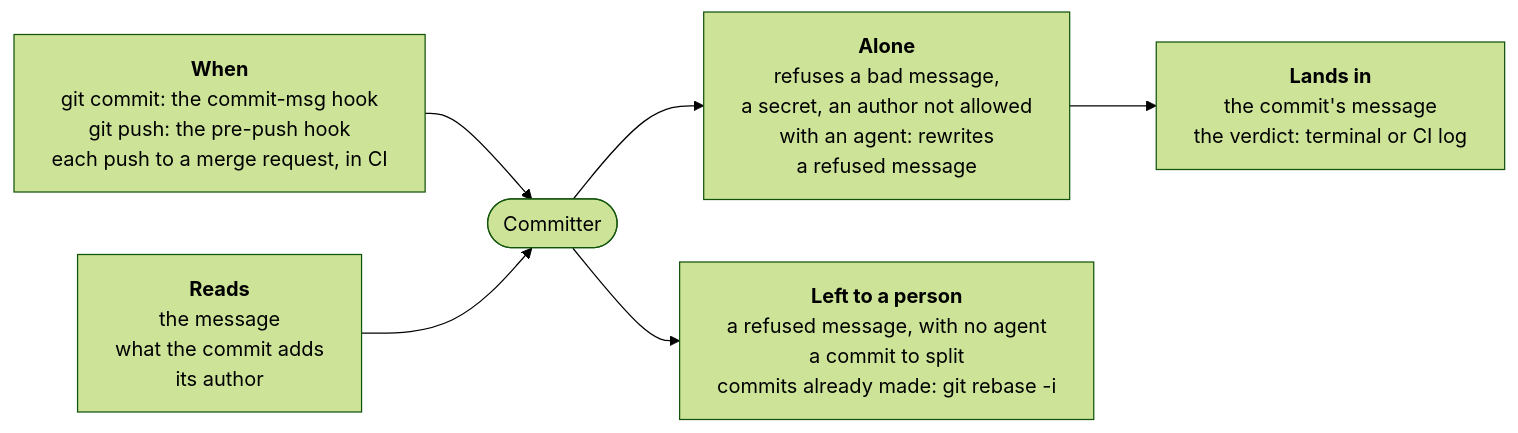
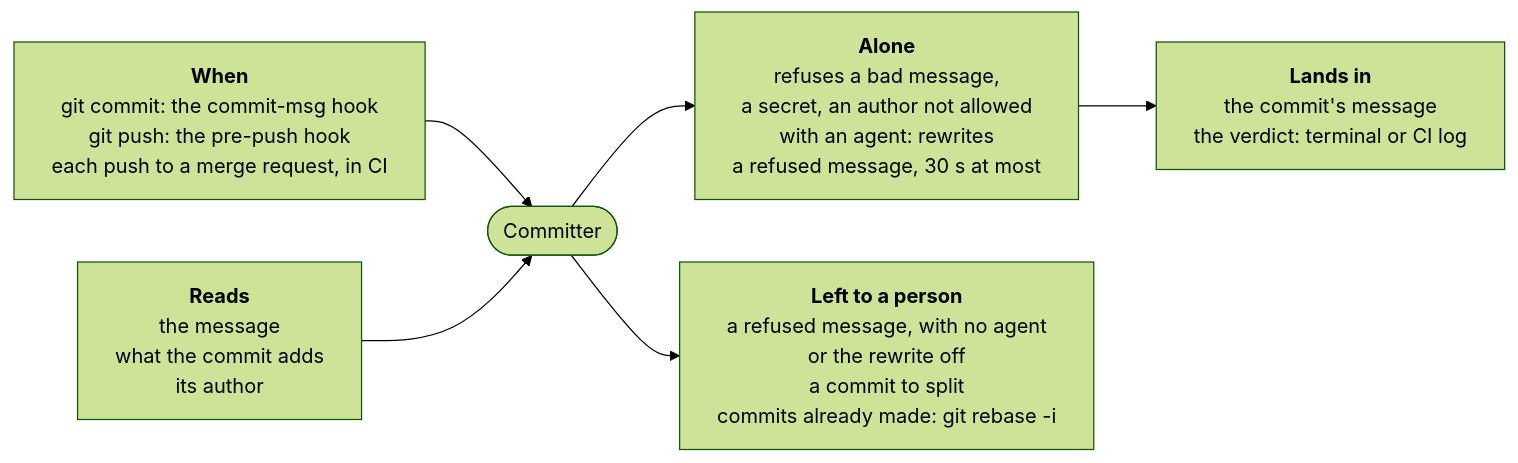
Before and after one commit to JN0V/workline: the diagram in roles/committer/README.md, drawn with Mermaid (forest theme). The commit also changed other lines of this file and 82 other files, not shown here.

Commit message:
feat(committer): cap the agent's rewrite at a commit to 30 s (#528)

````diff
--- a/roles/committer/README.md
+++ b/roles/committer/README.md
@@ -8,14 +8,14 @@
 ```mermaid
 %%{init: {"flowchart": {"wrappingWidth": 400}}}%%
 flowchart LR
   when["<b>When</b><br/>git commit: the commit-msg hook<br/>git push: the pre-push hook<br/>each push to a merge request, in CI"]
   reads["<b>Reads</b><br/>the message<br/>what the commit adds<br/>its author"]
   role(["Committer"])
-  alone["<b>Alone</b><br/>refuses a bad message,<br/>a secret, an author not allowed<br/>with an agent: rewrites<br/>a refused message"]
-  person["<b>Left to a person</b><br/>a refused message, with no agent<br/>a commit to split<br/>commits already made: git rebase -i"]
+  alone["<b>Alone</b><br/>refuses a bad message,<br/>a secret, an author not allowed<br/>with an agent: rewrites<br/>a refused message, 30 s at most"]
+  person["<b>Left to a person</b><br/>a refused message, with no agent<br/>or the rewrite off<br/>a commit to split<br/>commits already made: git rebase -i"]
   out["<b>Lands in</b><br/>the commit's message<br/>the verdict: terminal or CI log"]
   when --> role
   reads --> role
   role --> alone --> out
   role --> person
 ```
````
